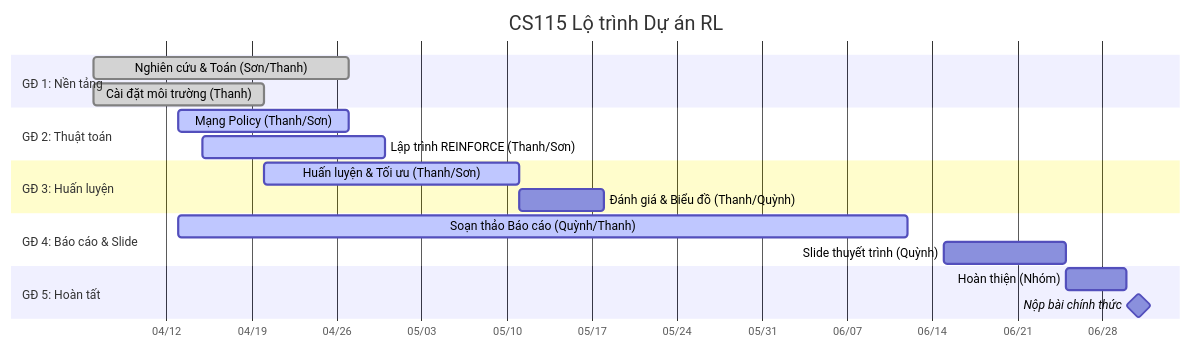
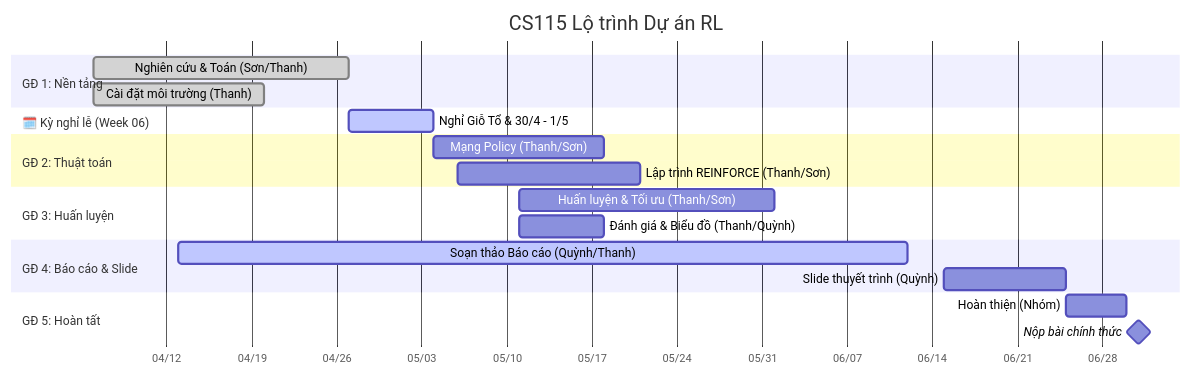
One commit to uit-25730067-chithanh/CS115-Team05-PG changed the diagram in docs/project-roadmap.md. Above: the diagram before and after it, drawn with Mermaid. The commit also changed other lines of this file and 12 other files, not shown here.

````diff
--- a/docs/project-roadmap.md
+++ b/docs/project-roadmap.md
@@ -7,27 +7,30 @@
 ```mermaid
 gantt
     title CS115 Lộ trình Dự án RL
     dateFormat  YYYY-MM-DD
     tickInterval 1w
     axisFormat  %m/%d
 
     section GĐ 1: Nền tảng
     Nghiên cứu & Toán (Sơn/Thanh)     :done, des1, 2026-04-06, 21d
     Cài đặt môi trường (Thanh)        :done, des2, 2026-04-06, 14d
 
+    section 🗓️ Kỳ nghỉ lễ (Week 06)
+    Nghỉ Giỗ Tổ & 30/4 - 1/5          :active, holiday, 2026-04-27, 7d
+
     section GĐ 2: Thuật toán
-    Mạng Policy (Thanh/Sơn)           :active, des3, 2026-04-13, 14d
-    Lập trình REINFORCE (Thanh/Sơn)   :active, des4, 2026-04-15, 15d
+    Mạng Policy (Thanh/Sơn)           :des3, 2026-05-04, 14d
+    Lập trình REINFORCE (Thanh/Sơn)   :des4, 2026-05-06, 15d
 
     section GĐ 3: Huấn luyện
-    Huấn luyện & Tối ưu (Thanh/Sơn)   :active, des5, 2026-04-20, 21d
+    Huấn luyện & Tối ưu (Thanh/Sơn)   :des5, 2026-05-11, 21d
     Đánh giá & Biểu đồ (Thanh/Quỳnh)  :des6, 2026-05-11, 7d
 
     section GĐ 4: Báo cáo & Slide
     Soạn thảo Báo cáo (Quỳnh/Thanh)   :active, des7, 2026-04-13, 60d
     Slide thuyết trình (Quỳnh)        :des8, 2026-06-15, 10d
 
     section GĐ 5: Hoàn tất
     Hoàn thiện (Nhóm)                 :des9, 2026-06-25, 5d
     Nộp bài chính thức                :milestone, des10, 2026-07-01, 0d
 ```
````
